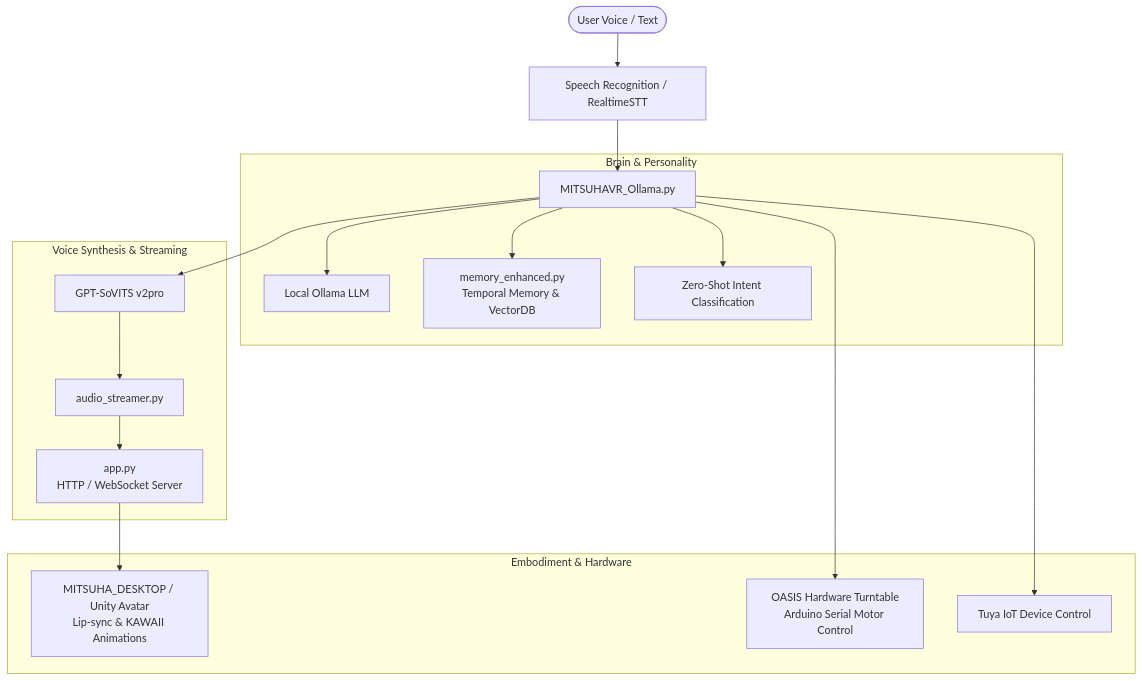
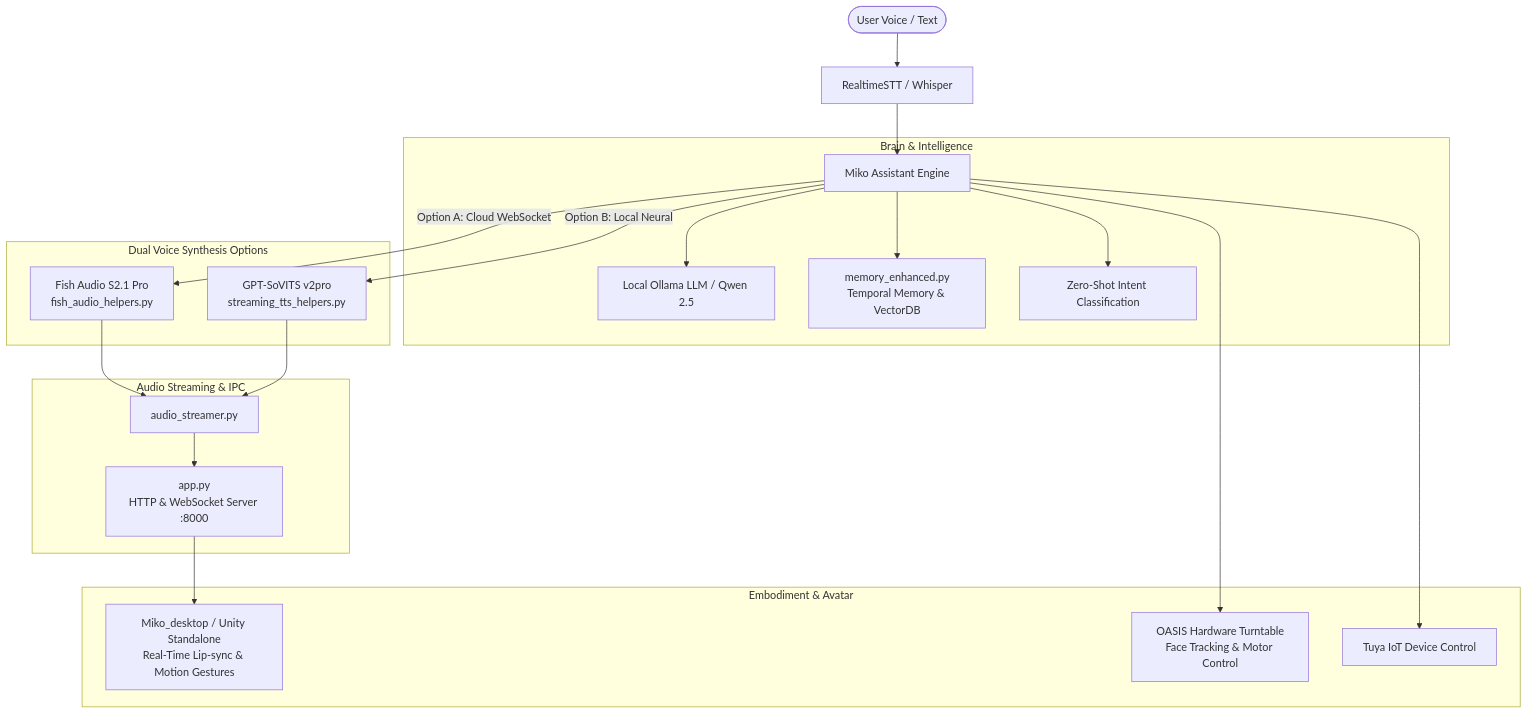
Before and after one commit to danukim/Miko: the diagram in README.md, drawn with Mermaid. The commit also changed other lines of this file and 3420 other files, not shown here.

First line of the commit message:
feat: overhaul project to Miko with dual TTS engines (Fish Audio & GPT-SoVITS) and Unity Desktop companion

````diff
--- a/README.md
+++ b/README.md
@@ -26,23 +31,28 @@
 ```mermaid
 graph TD
-    User([User Voice / Text]) --> STT[Speech Recognition / RealtimeSTT]
-    STT --> Core[MITSUHAVR_Ollama.py]
+    User([User Voice / Text]) --> STT[RealtimeSTT / Whisper]
+    STT --> Core[Miko Assistant Engine]
     
-    subgraph Brain & Personality
-        Core --> Ollama[Local Ollama LLM]
+    subgraph Brain & Intelligence
+        Core --> Ollama[Local Ollama LLM / Qwen 2.5]
         Core --> Memory[memory_enhanced.py<br/>Temporal Memory & VectorDB]
         Core --> NLI[Zero-Shot Intent Classification]
     end
     
-    subgraph Voice Synthesis & Streaming
-        Core --> TTS[GPT-SoVITS v2pro]
-        TTS --> AudioStreamer[audio_streamer.py]
-        AudioStreamer --> Server[app.py<br/>HTTP / WebSocket Server]
+    subgraph Dual Voice Synthesis Options
+        Core -->|Option A: Cloud WebSocket| FishAudio[Fish Audio S2.1 Pro<br/>fish_audio_helpers.py]
+        Core -->|Option B: Local Neural| GPTSoVITS[GPT-SoVITS v2pro<br/>streaming_tts_helpers.py]
     end
     
-    subgraph Embodiment & Hardware
-        Server --> Unity[MITSUHA_DESKTOP / Unity Avatar<br/>Lip-sync & KAWAII Animations]
-        Core --> OASIS[OASIS Hardware Turntable<br/>Arduino Serial Motor Control]
+    subgraph Audio Streaming & IPC
+        FishAudio --> AudioStreamer[audio_streamer.py]
+        GPTSoVITS --> AudioStreamer
+        AudioStreamer --> Server[app.py<br/>HTTP & WebSocket Server :8000]
+    end
+    
+    subgraph Embodiment & Avatar
+        Server --> Unity[Miko_desktop / Unity Standalone<br/>Real-Time Lip-sync & Motion Gestures]
+        Core --> OASIS[OASIS Hardware Turntable<br/>Face Tracking & Motor Control]
         Core --> SmartHome[Tuya IoT Device Control]
     end
 ```
````
